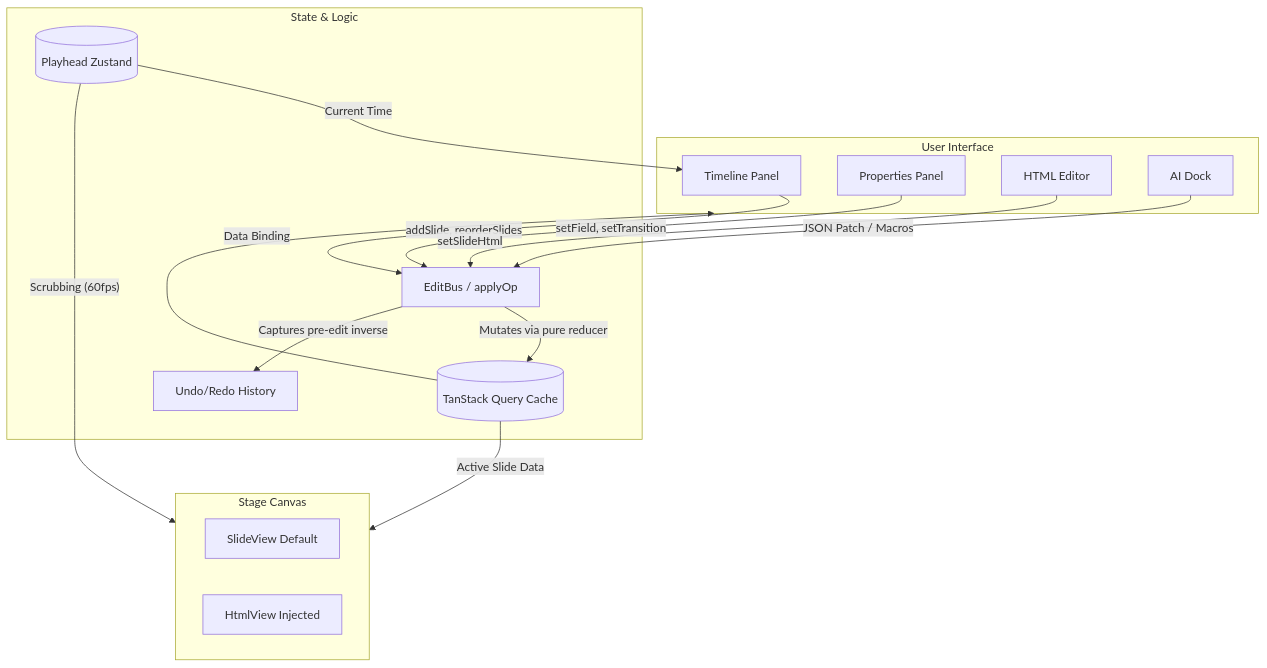
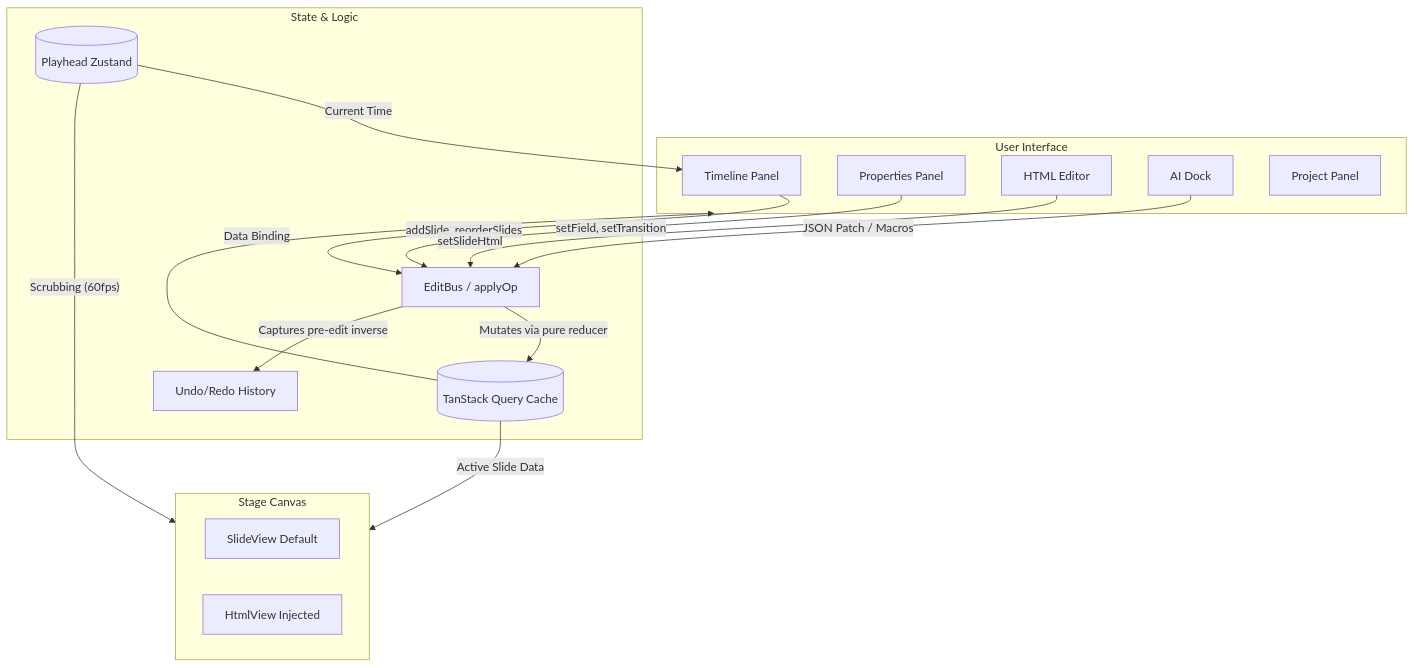
The diagram in docs/web/architecture.md (quanhua92/openvideokit), drawn with Mermaid before and after one commit. The commit also changed other lines of this file and 1 other file, not shown here.

Commit message:
docs(web): document panel registry, activity bar, and ProjectPanel
- editor-components.md: rewrite layout mermaid to show active-panel switching via the activity bar; add section 5 (Panel System & Activity Bar) and section 6 (ProjectPanel, incl. caption-style double-source-of-truth avoidance)
- architecture.md: add Project Panel to the UI subgraph; add panel-registry invariant (#5)

````diff
--- a/docs/web/architecture.md
+++ b/docs/web/architecture.md
@@ -21,34 +21,35 @@
 ```mermaid
 graph TD
     subgraph UI [User Interface]
         TL[Timeline Panel]
         Prop[Properties Panel]
         HE[HTML Editor]
         AI[AI Dock]
+        Proj[Project Panel]
     end
 
     subgraph Bus [State & Logic]
         EB[EditBus / applyOp]
         TQ[(TanStack Query Cache)]
         Hist[Undo/Redo History]
         Play[(Playhead Zustand)]
     end
 
     subgraph Preview [Stage Canvas]
         SV[SlideView Default]
         HV[HtmlView Injected]
     end
 
     TL -- "addSlide, reorderSlides" --> EB
     Prop -- "setField, setTransition" --> EB
     HE -- "setSlideHtml" --> EB
     AI -- "JSON Patch / Macros" --> EB
 
     EB -- "Mutates via pure reducer" --> TQ
     EB -- "Captures pre-edit inverse" --> Hist
 
     TQ -- "Data Binding" --> UI
     TQ -- "Active Slide Data" --> Preview
     Play -- "Scrubbing (60fps)" --> Preview
     Play -- "Current Time" --> TL
 ```
````
